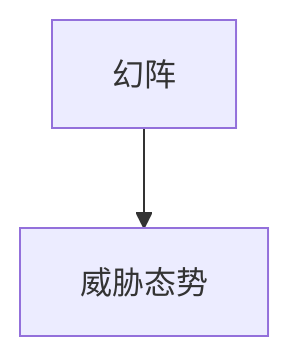
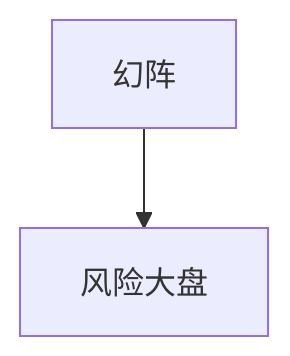
The diagram in docs/Attack-Defense/Safety-Vendor/Moresec/magic-shield.md (Randark-JMT/Treasure-House), drawn with Mermaid before and after one commit.

````diff
--- a/docs/Attack-Defense/Safety-Vendor/Moresec/magic-shield.md
+++ b/docs/Attack-Defense/Safety-Vendor/Moresec/magic-shield.md
@@ -5,4 +5,4 @@
 ```mermaid
 graph TD;
-    幻阵 --> 威胁态势;
+    幻阵 --> 风险大盘;
 ```
````
